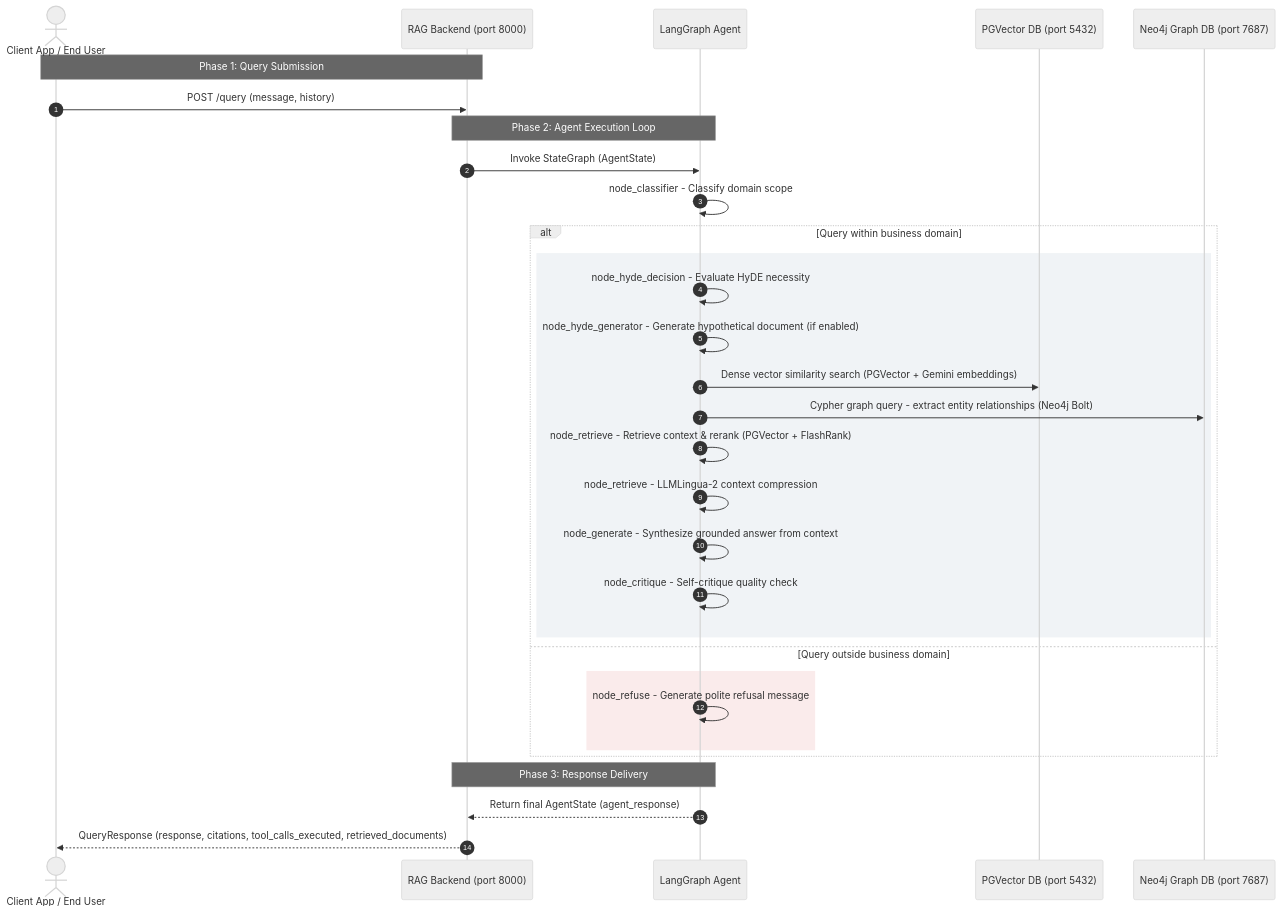
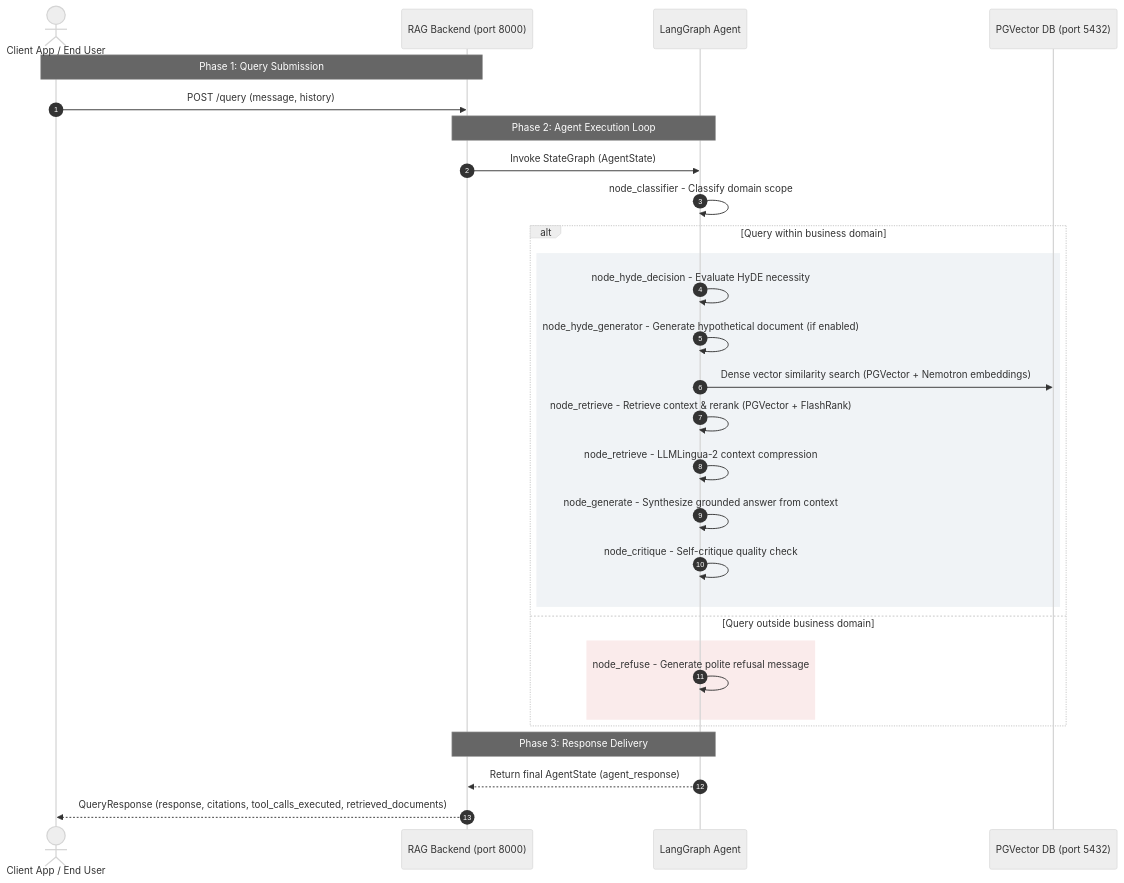
Before and after one commit to boycececil666gmailcom/documentation-chatbot: the second of 4 diagrams in README.md, drawn with Mermaid. The commit also changed other lines of this file and 32 other files, not shown here.

Commit message:
feat: implement agent flow, preprocessing pipeline, and infrastructure configuration

````diff
--- a/README.md
+++ b/README.md
@@ -58,41 +57,39 @@
 ```mermaid
 ---
 config:
   theme: neutral
 ---
 sequenceDiagram
     autonumber
     actor Client as Client App / End User
     participant BE as RAG Backend (port 8000)
     participant AG as LangGraph Agent
     participant VDB as PGVector DB (port 5432)
-    participant GDB as Neo4j Graph DB (port 7687)
 
     Note over Client, BE: Phase 1: Query Submission
     Client->>BE: POST /query (message, history)
 
     Note over BE, AG: Phase 2: Agent Execution Loop
     BE->>AG: Invoke StateGraph (AgentState)
     AG->>AG: node_classifier - Classify domain scope
 
     alt Query within business domain
         rect rgb(240, 243, 246)
             AG->>AG: node_hyde_decision - Evaluate HyDE necessity
             AG->>AG: node_hyde_generator - Generate hypothetical document (if enabled)
-            AG->>VDB: Dense vector similarity search (PGVector + Gemini embeddings)
-            AG->>GDB: Cypher graph query - extract entity relationships (Neo4j Bolt)
+            AG->>VDB: Dense vector similarity search (PGVector + Nemotron embeddings)
             AG->>AG: node_retrieve - Retrieve context & rerank (PGVector + FlashRank)
             AG->>AG: node_retrieve - LLMLingua-2 context compression
             AG->>AG: node_generate - Synthesize grounded answer from context
             AG->>AG: node_critique - Self-critique quality check
         end
     else Query outside business domain
         rect rgb(250, 235, 235)
             AG->>AG: node_refuse - Generate polite refusal message
         end
     end
 
     Note over AG, BE: Phase 3: Response Delivery
     AG-->>BE: Return final AgentState (agent_response)
     BE-->>Client: QueryResponse (response, citations, tool_calls_executed, retrieved_documents)
 ```
````
